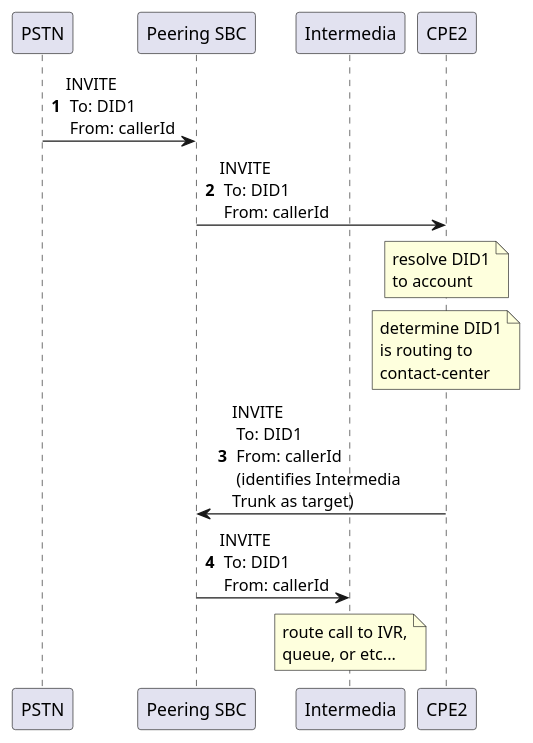
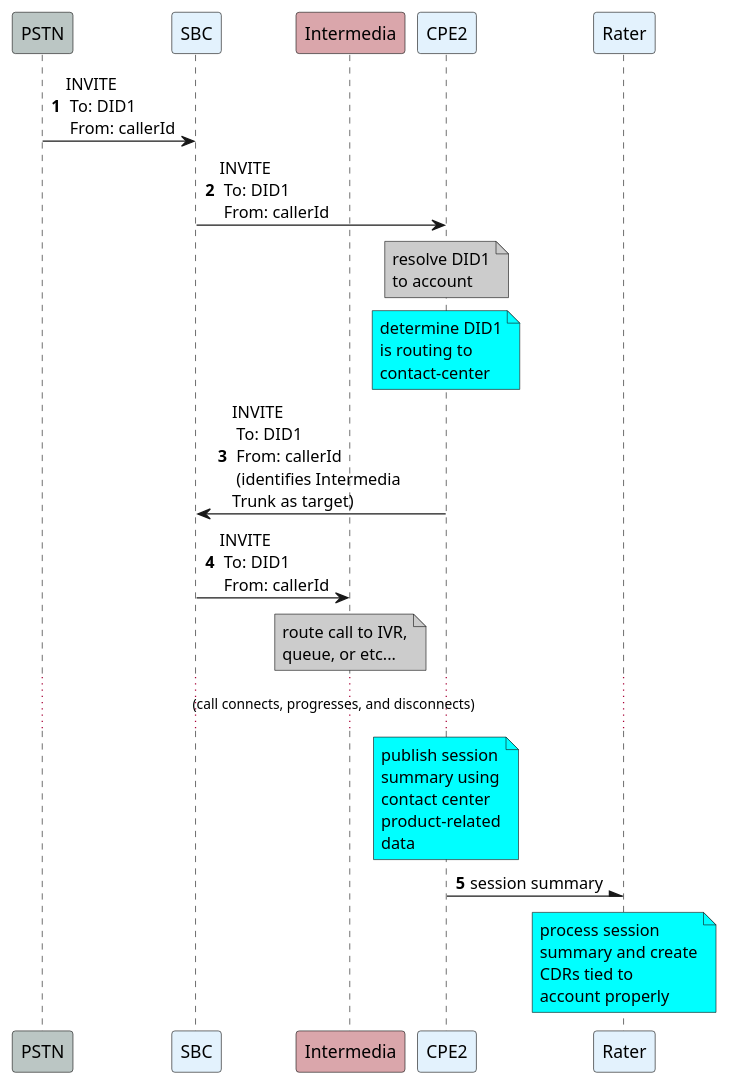
One commit to aibeira/mrw-plant-uml changed the diagram in contact-center/inbound-call-to-contact-center-customer.puml. Above: the diagram before and after it, drawn with PlantUML. The commit also changed 3 other files, not shown here.

Commit message:
refine contact-center flows

```diff
--- a/contact-center/inbound-call-to-contact-center-customer.puml
+++ b/contact-center/inbound-call-to-contact-center-customer.puml
@@ -1,28 +1,45 @@
 @startuml
 'https://plantuml.com/sequence-diagram
 
 autonumber
 
-participant PSTN as pstn
-participant "Peering SBC" as psbc
-participant Intermedia as im
-participant CPE2 as cpe2
+participant "PSTN" as pstn #BBC6C4
+participant "SBC" as sbc #E3F2FD
+participant Intermedia as im #DAA6AB
+participant CPE2 as cpe2 #E3F2FD
+participant Rater as rtr #E3F2FD
 
-pstn -> psbc: INVITE \n To: DID1\n From: callerId
-psbc -> cpe2: INVITE \n To: DID1\n From: callerId
-note over cpe2
+pstn -> sbc: INVITE \n To: DID1\n From: callerId
+sbc -> cpe2: INVITE \n To: DID1\n From: callerId
+note over cpe2 #ccc
   resolve DID1
   to account
 end note
-note over cpe2
+note over cpe2 #cyan
   determine DID1
   is routing to
   contact-center
 end note
-cpe2 -> psbc: INVITE \n To: DID1\n From: callerId\n (identifies Intermedia \nTrunk as target)
-psbc -> im: INVITE \n To: DID1\n From: callerId
-note over im
+cpe2 -> sbc: INVITE \n To: DID1\n From: callerId\n (identifies Intermedia \nTrunk as target)
+sbc -> im: INVITE \n To: DID1\n From: callerId
+note over im #ccc
     route call to IVR,
     queue, or etc...
 end note
+... (call connects, progresses, and disconnects) ...
+note over cpe2 #cyan
+    publish session
+    summary using
+    contact center
+    product-related
+    data
+end note
+cpe2 -\ rtr: session summary
+note over rtr #cyan
+    process session
+    summary and create
+    CDRs tied to
+    account properly
+end note
+
 @enduml
```
